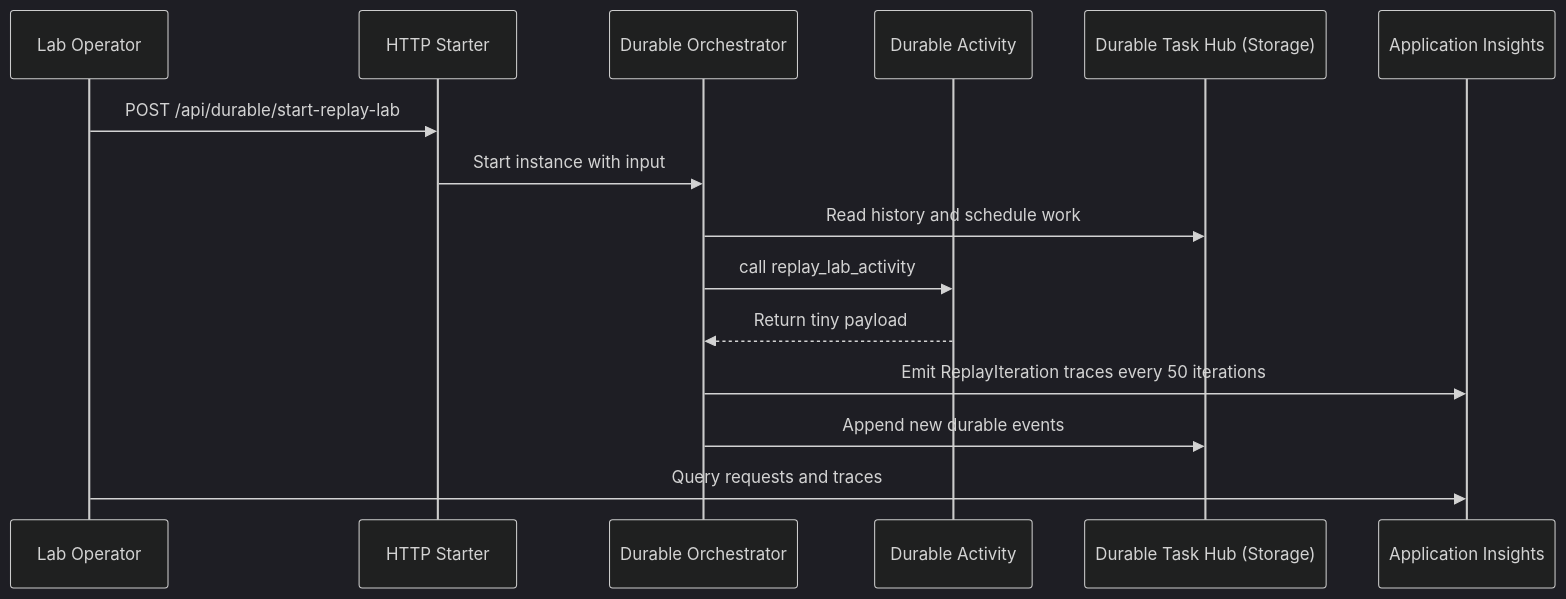
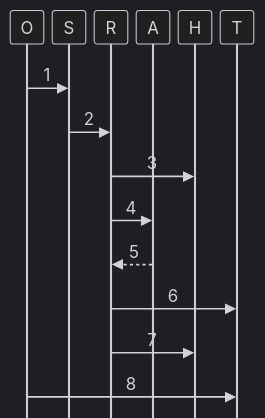
One commit to yeongseon/azure-functions-practical-guide changed the second of 6 diagrams in docs/troubleshooting/lab-guides/durable-replay-storm.md. Above: the diagram before and after it, drawn with Mermaid (dark theme). The commit also changed other lines of this file and 1 other file, not shown here.

First line of the commit message:
docs(diagrams): migrate Functions lab messaging and triggers — durable replay storm (#433)

````diff
--- a/docs/troubleshooting/lab-guides/durable-replay-storm.md
+++ b/docs/troubleshooting/lab-guides/durable-replay-storm.md
@@ -150,18 +161,21 @@
 ```mermaid
+%%{init: {"sequence": {"actorMargin": 8, "width": 32, "height": 32, "diagramMarginX": 4, "messageMargin": 18, "boxMargin": 2, "mirrorActors": false}}}%%
 sequenceDiagram
-    participant Operator as Lab Operator
-    participant Start as HTTP Starter
-    participant Orch as Durable Orchestrator
-    participant Act as Durable Activity
-    participant Hub as Durable Task Hub (Storage)
-    participant AI as Application Insights
+    accTitle: Lab work and evidence sequence
+    accDescr: Six logical roles retain the eight exchanges in order. O is the operator, S the HTTP starter, R orchestration, A activity, H Storage task hub, and T Application Insights. Numbers refer to the adjacent message key; framework-mediated operations are not direct orchestrator code I/O.
+    participant Operator as O
+    participant Start as S
+    participant Orch as R
+    participant Act as A
+    participant Hub as H
+    participant AI as T
 
-    Operator->>Start: POST /api/durable/start-replay-lab
-    Start->>Orch: Start instance with input
-    Orch->>Hub: Read history and schedule work
-    Orch->>Act: call replay_lab_activity
-    Act-->>Orch: Return tiny payload
-    Orch->>AI: Emit ReplayIteration traces every 50 iterations
-    Orch->>Hub: Append new durable events
-    Operator->>AI: Query requests and traces
+    Operator->>Start: 1
+    Start->>Orch: 2
+    Orch->>Hub: 3
+    Orch->>Act: 4
+    Act-->>Orch: 5
+    Orch->>AI: 6
+    Orch->>Hub: 7
+    Operator->>AI: 8
 ```
````
